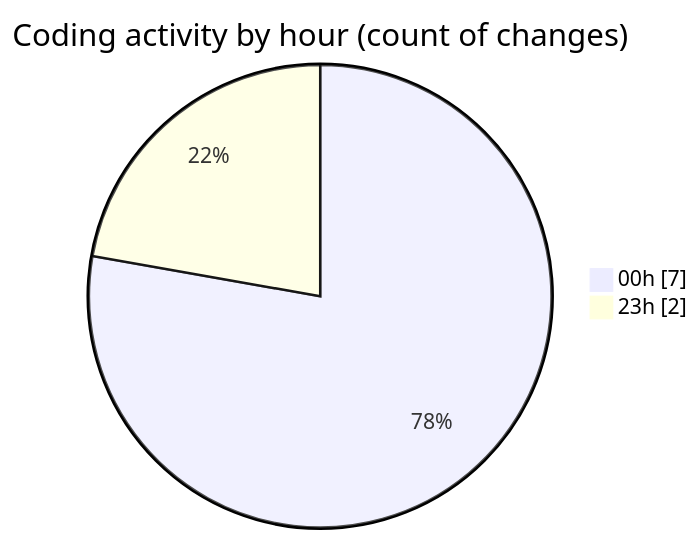
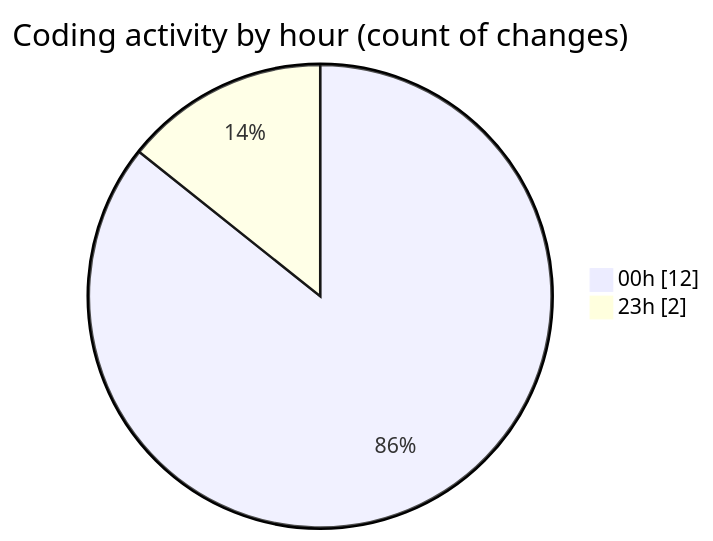
The second of 2 diagrams in 2025-10-10/eventscop-frontend-guide__workspace_/README.md (julien-gomy/code-tracking), drawn with Mermaid before and after one commit. The commit also changed other lines of this file and 1 other file, not shown here.

````diff
--- a/2025-10-10/eventscop-frontend-guide__workspace_/README.md
+++ b/2025-10-10/eventscop-frontend-guide__workspace_/README.md
@@ -29,6 +29,6 @@
 ```mermaid
 pie showData
 title Coding activity by hour (count of changes)
-"00h" : 7
+"00h" : 12
 "23h" : 2
 ```
````
